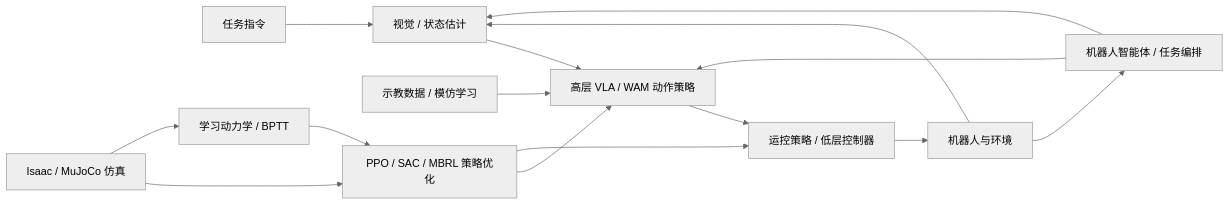
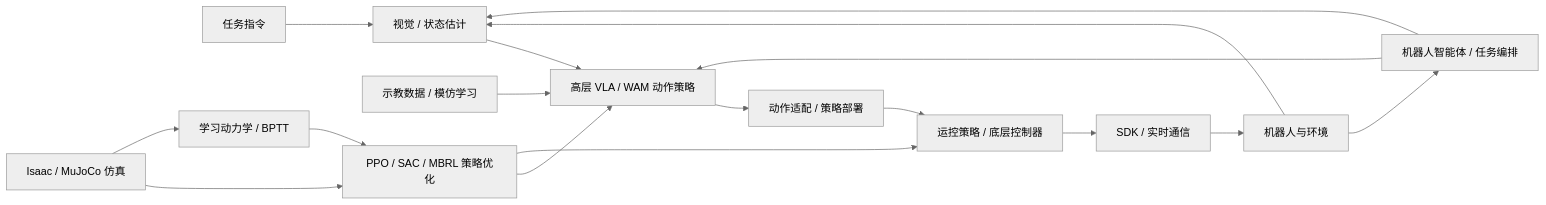
Before and after one commit to zengxiong111/Foundation_of_Embodied_AI: the diagram in syllabus/COURSE_MAP_ZH.md, drawn with Mermaid (neutral theme). The commit also changed other lines of this file and 18 other files, not shown here.

````diff
--- a/syllabus/COURSE_MAP_ZH.md
+++ b/syllabus/COURSE_MAP_ZH.md
@@ -33,18 +33,20 @@
 ```mermaid
 flowchart LR
  A["任务指令"] --> B["视觉 / 状态估计"]
  B --> C["高层 VLA / WAM 动作策略"]
- C --> D["运控策略 / 低层控制器"]
- D --> E["机器人与环境"]
+ C --> P["动作适配 / 策略部署"]
+ P --> D["运控策略 / 底层控制器"]
+ D --> T["SDK / 实时通信"]
+ T --> E["机器人与环境"]
  E --> B
  F["示教数据 / 模仿学习"] --> C
  G["Isaac / MuJoCo 仿真"] --> H["PPO / SAC / MBRL 策略优化"]
  H --> C
  H --> D
  M["学习动力学 / BPTT"]
  G --> M
  M --> H
  X["机器人智能体 / 任务编排"] --> B
  X --> C
  E --> X
 ```
````
